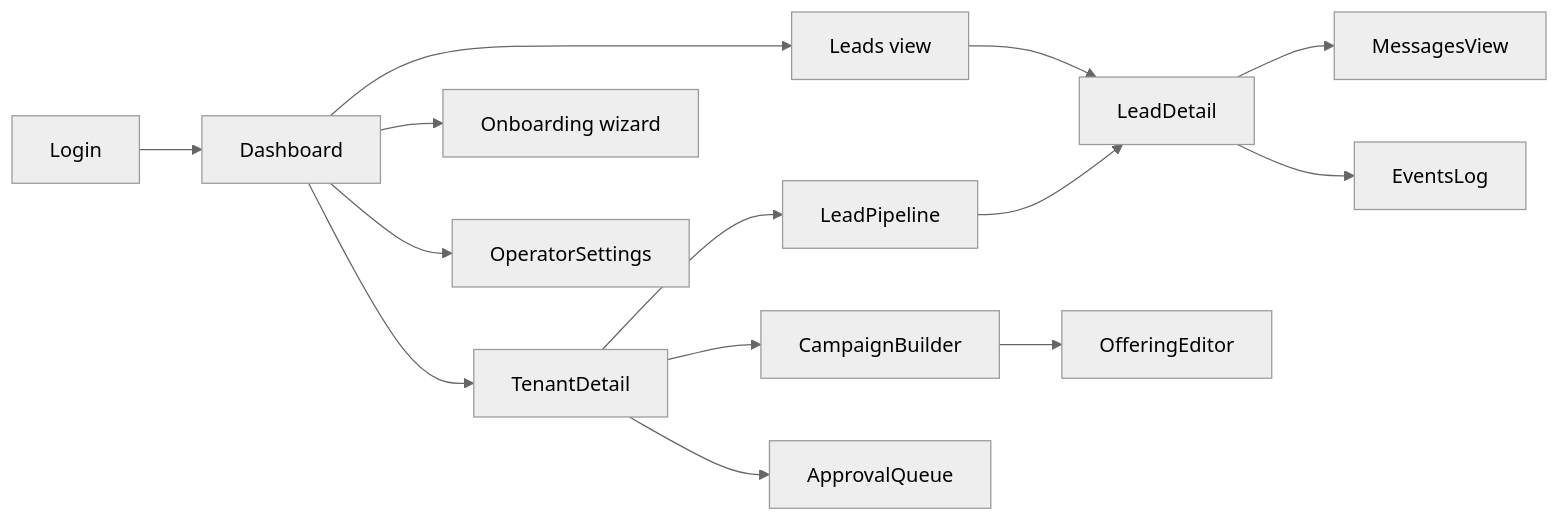
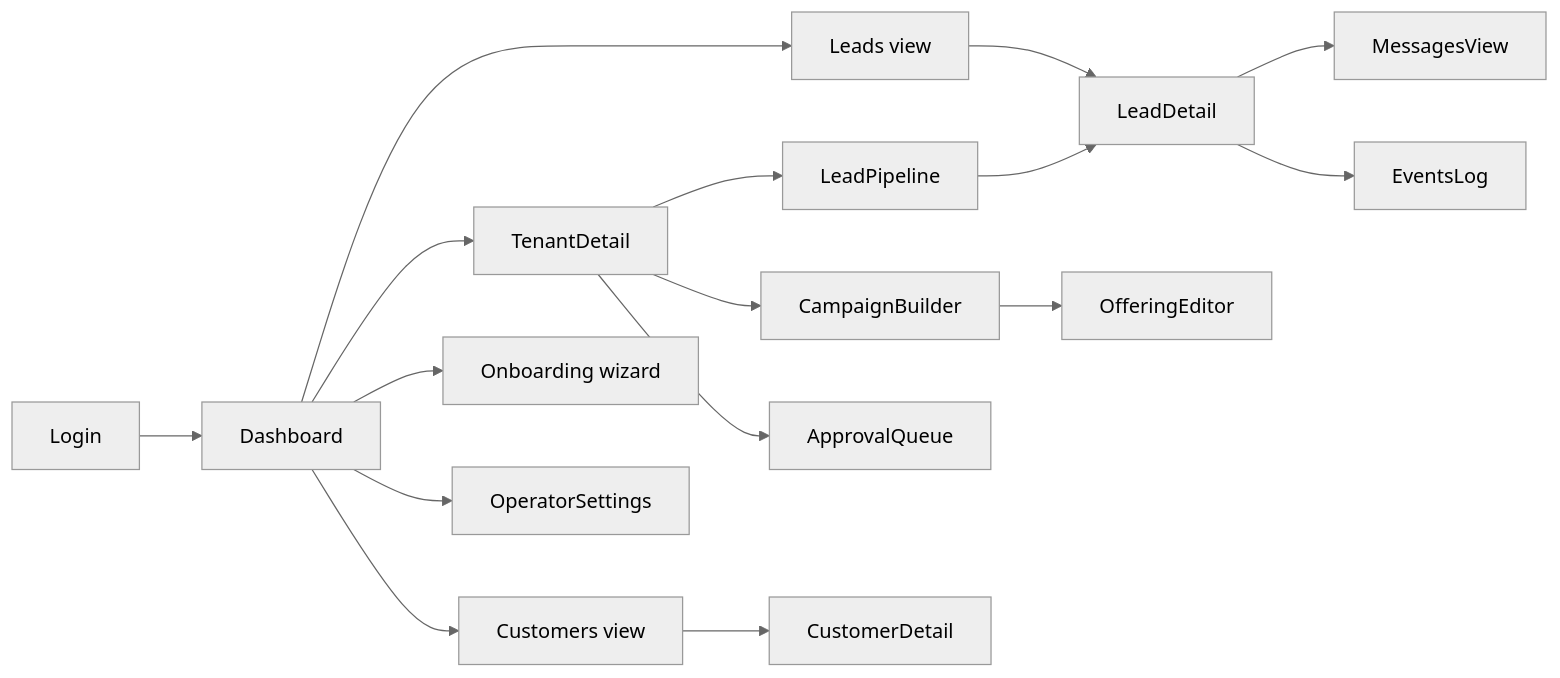
Before and after one commit to smallTechOrg/sales-agent: the first of 3 diagrams in spec/product/11-ui-dashboard.md, drawn with Mermaid (neutral theme). The commit also changed other lines of this file and 1 other file, not shown here.

First line of the commit message:
feat: enhance customers table with comprehensive details

````diff
--- a/spec/product/11-ui-dashboard.md
+++ b/spec/product/11-ui-dashboard.md
@@ -77,16 +79,18 @@
 ```mermaid
 flowchart LR
     Login --> Dashboard
     Dashboard --> TenantDetail
     Dashboard --> LeadsGlobal["Leads view"]
+    Dashboard --> CustomersGlobal["Customers view"]
     Dashboard --> NewTenant["Onboarding wizard"]
     TenantDetail --> CampaignBuilder
     TenantDetail --> LeadPipeline
     TenantDetail --> ApprovalQueue
     LeadsGlobal --> LeadDetail
     LeadPipeline --> LeadDetail
+    CustomersGlobal --> CustomerDetail
     CampaignBuilder --> OfferingEditor
     LeadDetail --> MessagesView
     LeadDetail --> EventsLog
     Dashboard --> OperatorSettings
 ```
````
